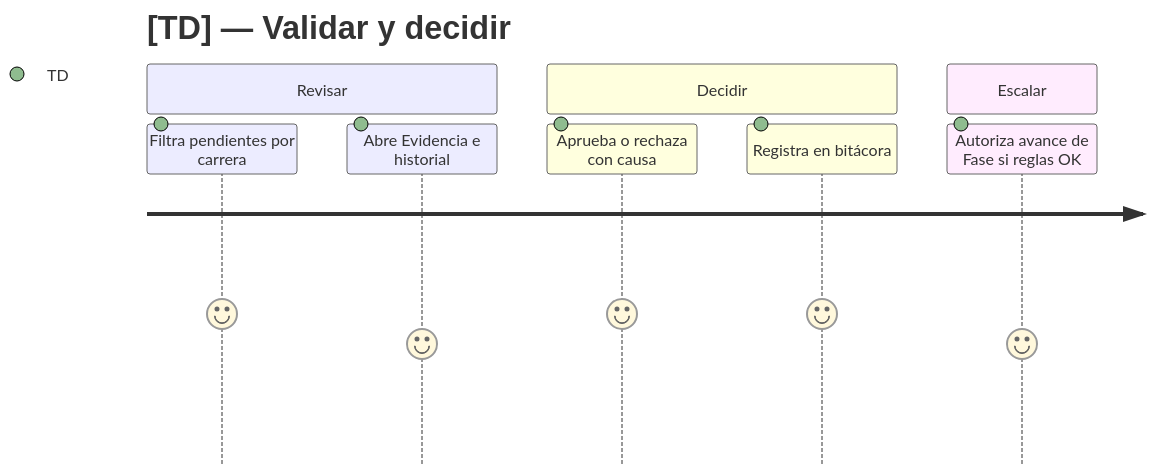
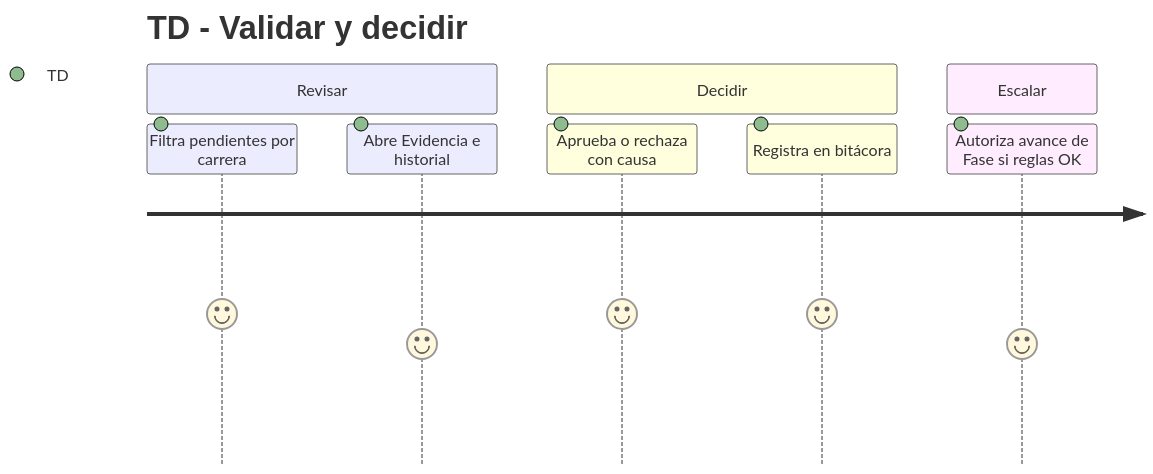
One commit to AcredIA-UMSS/sigesa-docs changed the second of 3 diagrams in docs/03_prd/PRD.md. Above: the diagram before and after it, drawn with Mermaid. The commit also changed other lines of this file and 11 other files, not shown here.

Commit message:
fix diagrams

````diff
--- a/docs/03_prd/PRD.md
+++ b/docs/03_prd/PRD.md
@@ -151,12 +151,12 @@
 ```mermaid
 journey
-  title [TD] — Validar y decidir
+  title TD - Validar y decidir
   section Revisar
     Filtra pendientes por carrera: 5: TD
     Abre Evidencia e historial: 4: TD
   section Decidir
     Aprueba o rechaza con causa: 5: TD
     Registra en bitácora: 5: TD
   section Escalar
     Autoriza avance de Fase si reglas OK: 4: TD
 ```
````
